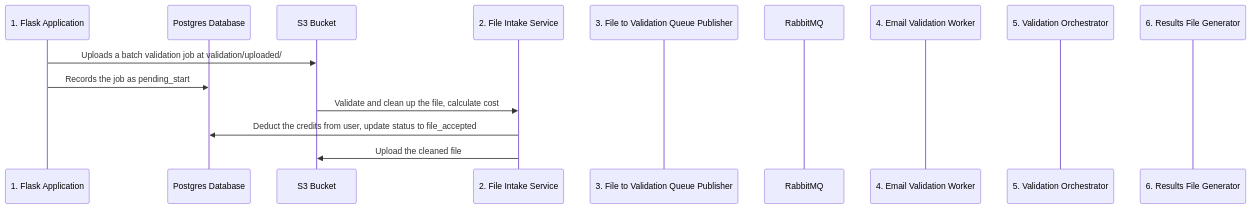
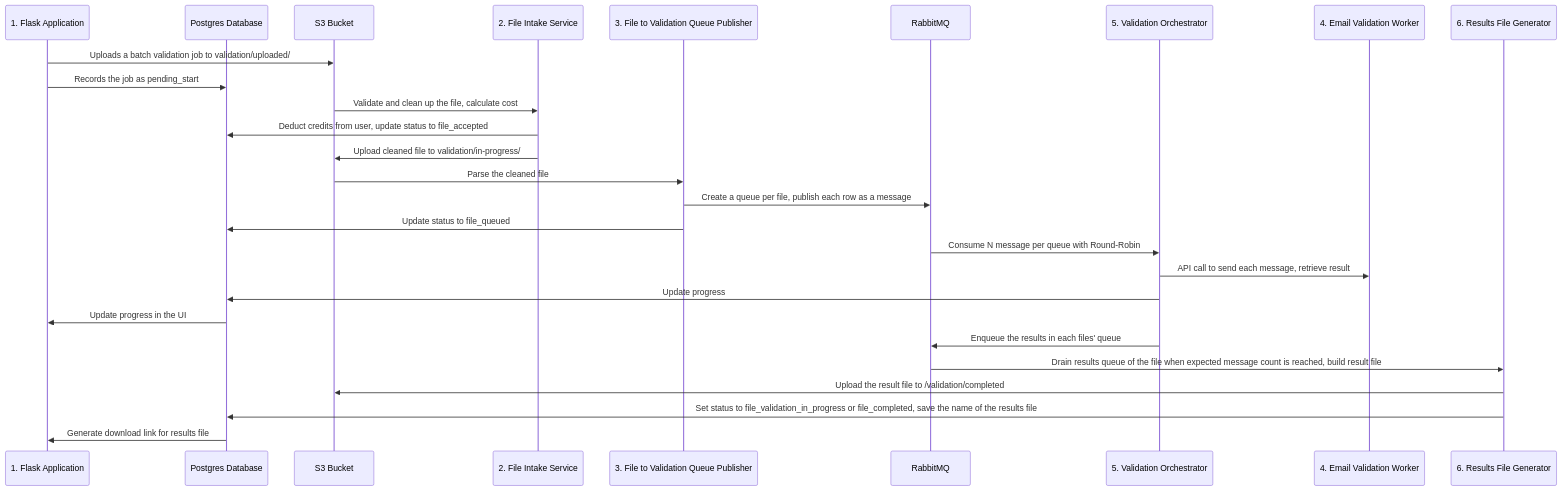
Before and after one commit to cansinacarer/mermaid-test: the second of 3 diagrams in readme.md, drawn with Mermaid.

Commit message:
completed diagram

````diff
--- a/readme.md
+++ b/readme.md
@@ -66,20 +66,32 @@
 ```mermaid
 sequenceDiagram
   participant flask as 1. Flask Application
   participant db as Postgres Database
   participant s3 as S3 Bucket
   participant fis as 2. File Intake Service
   participant f2vqp as 3. File to Validation Queue Publisher
   participant rabbit as RabbitMQ
+  participant vo as 5. Validation Orchestrator
   participant evw as 4. Email Validation Worker
-  participant vo as 5. Validation Orchestrator
   participant rfg as 6. Results File Generator
 
-  flask ->> s3: Uploads a batch validation job at validation/uploaded/
+  flask ->> s3: Uploads a batch validation job to validation/uploaded/
   flask ->> db: Records the job as pending_start
   s3 ->> fis: Validate and clean up the file, calculate cost
-  fis ->> db: Deduct the credits from user, update status to file_accepted
-  fis ->> s3: Upload the cleaned file
+  fis ->> db: Deduct  credits from user, update status to file_accepted
+  fis ->> s3: Upload cleaned file to validation/in-progress/
+  s3 ->> f2vqp: Parse the cleaned file
+  f2vqp ->> rabbit: Create a queue per file, publish each row as a message
+  f2vqp ->> db: Update status to file_queued
+  rabbit ->> vo: Consume N message per queue with Round-Robin
+  vo ->> evw: API call to send each message, retrieve result
+  vo ->> db: Update progress
+  db ->> flask: Update progress in the UI
+  vo ->> rabbit: Enqueue the results in each files' queue
+  rabbit ->> rfg: Drain results queue of the file when expected message count is reached, build result file
+  rfg ->> s3: Upload the result file to /validation/completed
+  rfg ->> db: Set status to file_validation_in_progress or file_completed, save the name of the results file
+  db ->> flask: Generate download link for results file
 
 
 ```
````
